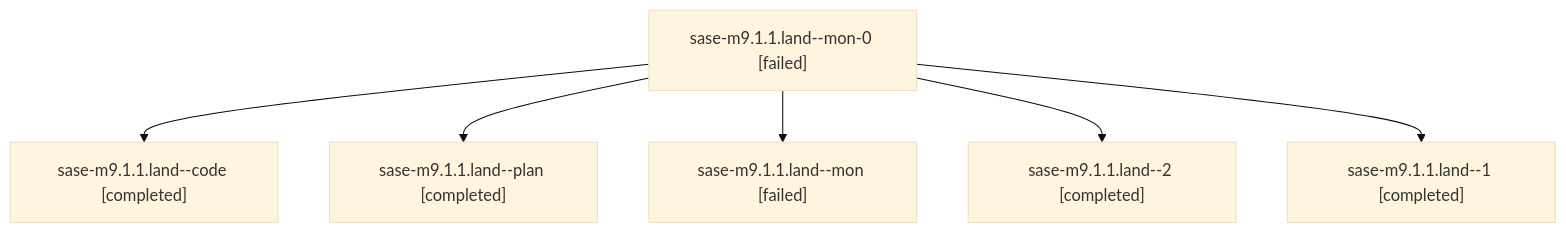
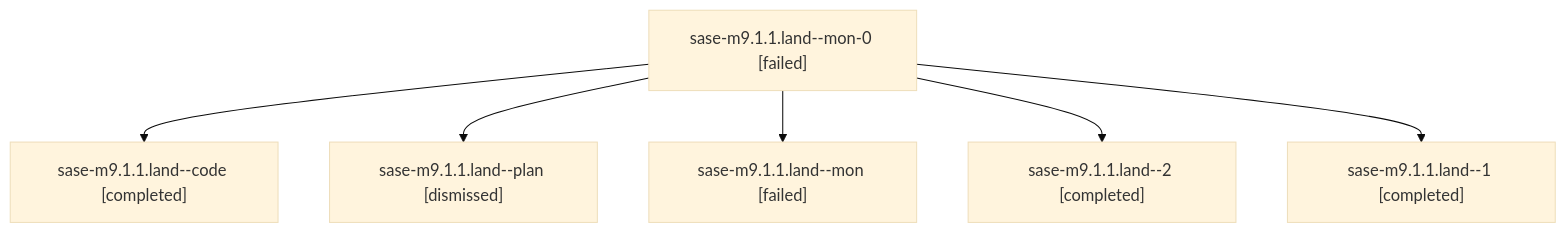
Before and after one commit to sase-org/sase--agents: the diagram in families/bbugyi200.athena.sase-m9.1.1.land.md, drawn with Mermaid (base theme). The commit also changed other lines of this file and 216 other files, not shown here.

````diff
--- a/families/bbugyi200.athena.sase-m9.1.1.land.md
+++ b/families/bbugyi200.athena.sase-m9.1.1.land.md
@@ -9,14 +9,14 @@
 ```mermaid
 flowchart TD
   n0["sase-m9.1.1.land--mon-0 [failed]"]
   n1["sase-m9.1.1.land--code [completed]"]
   n0 --> n1
-  n2["sase-m9.1.1.land--plan [completed]"]
+  n2["sase-m9.1.1.land--plan [dismissed]"]
   n0 --> n2
   n3["sase-m9.1.1.land--mon [failed]"]
   n0 --> n3
   n4["sase-m9.1.1.land--2 [completed]"]
   n0 --> n4
   n5["sase-m9.1.1.land--1 [completed]"]
   n0 --> n5
 ```
````
